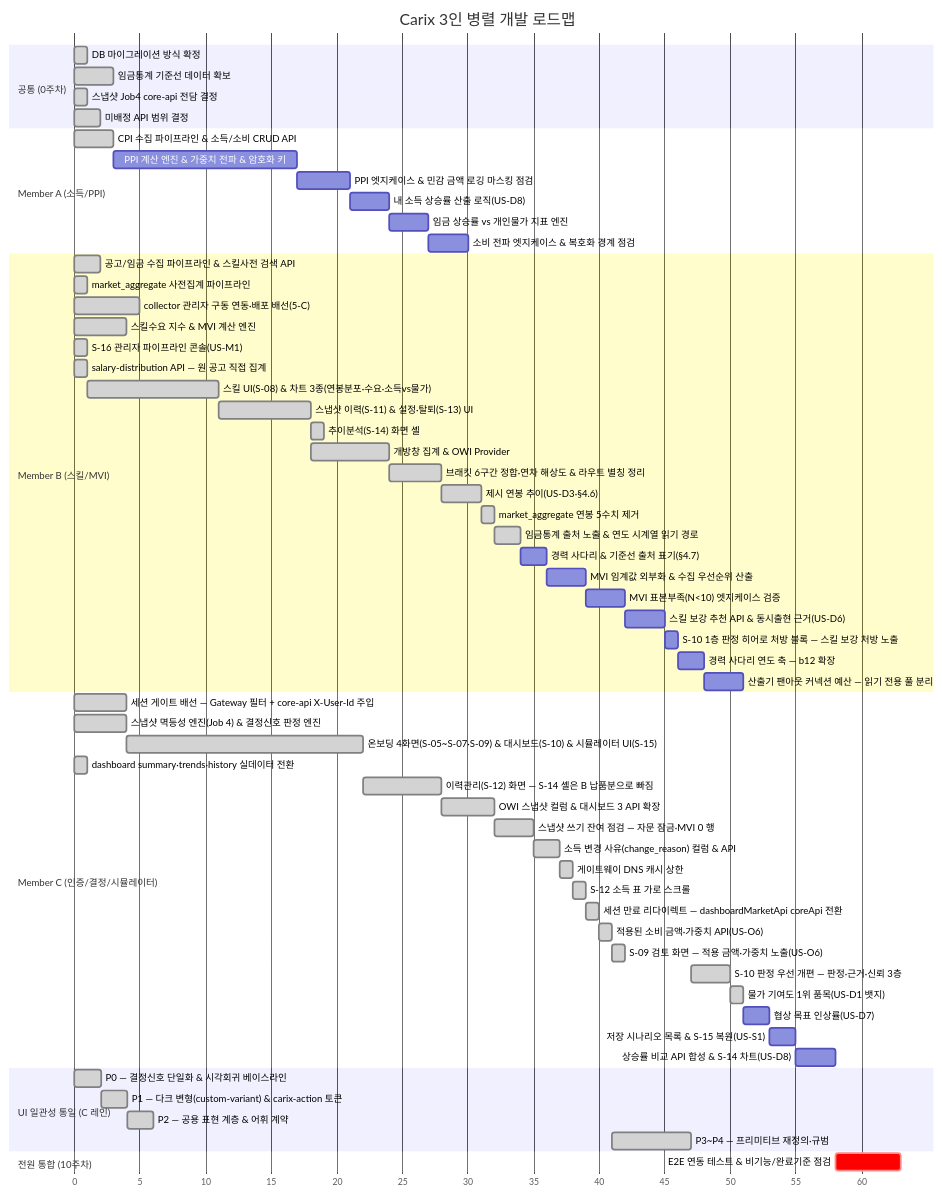
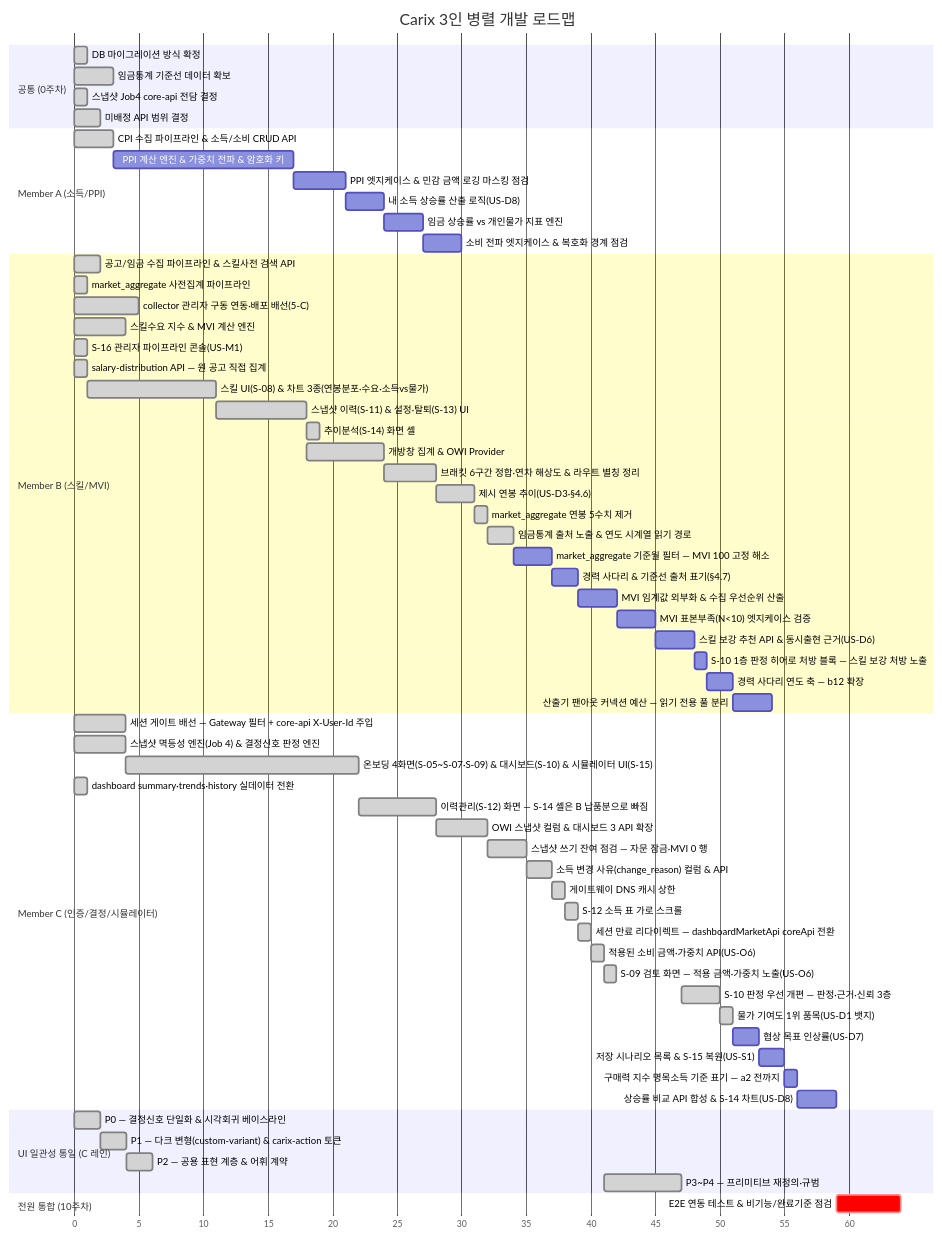
Before and after one commit to SeoHyeokGyu/Carix: the first of 2 diagrams in docs/plans/carix-dev-plan.md, drawn with Mermaid. The commit also changed other lines of this file and 1 other file, not shown here.

````diff
--- a/docs/plans/carix-dev-plan.md
+++ b/docs/plans/carix-dev-plan.md
@@ -89,66 +89,68 @@
 ```mermaid
 gantt
     title Carix 3인 병렬 개발 로드맵
     dateFormat X
     axisFormat %s
     section 공통 (0주차)
     DB 마이그레이션 방식 확정 :done, c0a, 0, 1s
     임금통계 기준선 데이터 확보 :done, a0, 3, 3s
     스냅샷 Job4 core-api 전담 결정 :done, i0, 7, 1s
     미배정 API 범위 결정 :done, c0, 7, 2s
     section Member A (소득/PPI)
     CPI 수집 파이프라인 & 소득/소비 CRUD API :done, a1, 12, 3s
     PPI 계산 엔진 & 가중치 전파 & 암호화 키 :a2, after a1, 14s
     PPI 엣지케이스 & 민감 금액 로깅 마스킹 점검 :a7, after a2, 4s
     내 소득 상승률 산출 로직(US-D8) :a9, after a7, 3s
     임금 상승률 vs 개인물가 지표 엔진 :a10, after a9, 3s
     소비 전파 엣지케이스 & 복호화 경계 점검 :a12, after a10, 3s
     section Member B (스킬/MVI)
     공고/임금 수집 파이프라인 & 스킬사전 검색 API :done, b1, 2, 2s
     market_aggregate 사전집계 파이프라인 :done, b2a, 3, 1s
     collector 관리자 구동 연동·배포 배선(5-C) :done, b0, 7, 5s
     스킬수요 지수 & MVI 계산 엔진 :done, b2, 8, 4s
     S-16 관리자 파이프라인 콘솔(US-M1) :done, b16, 14, 1s
     salary-distribution API — 원 공고 직접 집계 :done, b3a, 15, 1s
     스킬 UI(S-08) & 차트 3종(연봉분포·수요·소득vs물가) :done, b3, after b3a, 10s
     스냅샷 이력(S-11) & 설정·탈퇴(S-13) UI :done, b4, after b3, 7s
     추이분석(S-14) 화면 셸 :done, b4a, after b4, 1s
     개방창 집계 & OWI Provider :done, b6, after b4, 6s
     브래킷 6구간 정합·연차 해상도 & 라우트 별칭 정리 :done, b7, after b6, 4s
     제시 연봉 추이(US-D3·§4.6) :done, b10, after b7, 3s
     market_aggregate 연봉 5수치 제거 :done, b11, after b10, 1s
     임금통계 출처 노출 & 연도 시계열 읽기 경로 :done, b13, after b11, 2s
-    경력 사다리 & 기준선 출처 표기(§4.7) :b12, after b13, 2s
+    market_aggregate 기준월 필터 — MVI 100 고정 해소 :b18, after b13, 3s
+    경력 사다리 & 기준선 출처 표기(§4.7) :b12, after b18, 2s
     MVI 임계값 외부화 & 수집 우선순위 산출 :b8, after b12, 3s
     MVI 표본부족(N<10) 엣지케이스 검증 :b8a, after b8, 3s
     스킬 보강 추천 API & 동시출현 근거(US-D6) :b9, after b8a, 3s
     S-10 1층 판정 히어로 처방 블록 — 스킬 보강 처방 노출 :b15, after b9, 1s
     경력 사다리 연도 축 — b12 확장 :b14, after b15, 2s
     산출기 팬아웃 커넥션 예산 — 읽기 전용 풀 분리 :b17, after b14, 3s
     section Member C (인증/결정/시뮬레이터)
     세션 게이트 배선 — Gateway 필터 + core-api X-User-Id 주입 :done, c0b, 7, 4s
     스냅샷 멱등성 엔진(Job 4) & 결정신호 판정 엔진 :done, c2, 8, 4s
     온보딩 4화면(S-05~S-07·S-09) & 대시보드(S-10) & 시뮬레이터 UI(S-15) :done, c3, after c2, 18s
     dashboard summary·trends·history 실데이터 전환 :done, c4a, 15, 1s
     이력관리(S-12) 화면 — S-14 셸은 B 납품분으로 빠짐 :done, c4, after c3, 6s
     OWI 스냅샷 컬럼 & 대시보드 3 API 확장 :done, c6, after c4, 4s
     스냅샷 쓰기 잔여 점검 — 자문 잠금·MVI 0 행 :done, c5, after c6, 3s
     소득 변경 사유(change_reason) 컬럼 & API :done, c10, after c5, 2s
     게이트웨이 DNS 캐시 상한 :done, c7, after c10, 1s
     S-12 소득 표 가로 스크롤 :done, c13, after c7, 1s
     세션 만료 리다이렉트 — dashboardMarketApi coreApi 전환 :done, c16, after c13, 1s
     적용된 소비 금액·가중치 API(US-O6) :done, c11, after c16, 1s
     S-09 검토 화면 — 적용 금액·가중치 노출(US-O6) :done, c17, after c11, 1s
     S-10 판정 우선 개편 — 판정·근거·신뢰 3층 :done, c15, after ui3, 3s
     물가 기여도 1위 품목(US-D1 뱃지) :done, c12, after c15, 1s
     협상 목표 인상률(US-D7) :c8, after c12, 2s
     저장 시나리오 목록 & S-15 복원(US-S1) :c9, after c8, 2s
-    상승률 비교 API 합성 & S-14 차트(US-D8) :c14, after c9 a9 a10 b13, 3s
+    구매력 지수 명목소득 기준 표기 — a2 전까지 :c18, after c9, 1s
+    상승률 비교 API 합성 & S-14 차트(US-D8) :c14, after c18 a9 a10 b13, 3s
     section UI 일관성 통일 (C 레인)
     P0 — 결정신호 단일화 & 시각회귀 베이스라인 :done, ui0, 33, 2s
     P1 — 다크 변형(custom-variant) & carix-action 토큰 :done, ui1, after ui0, 2s
     P2 — 공용 표현 계층 & 어휘 계약 :done, ui2, after ui1, 2s
     P3~P4 — 프리미티브 재정의·규범 :done, ui3, after c11, 6s
     section 전원 통합 (10주차)
     E2E 연동 테스트 & 비기능/완료기준 점검 :crit, e2e, after a12 b14 c14, 5s
 ```
````
